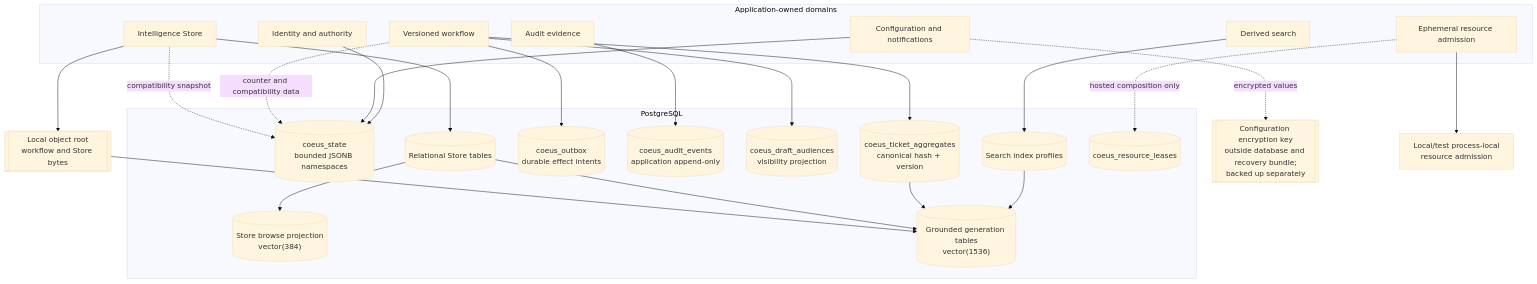
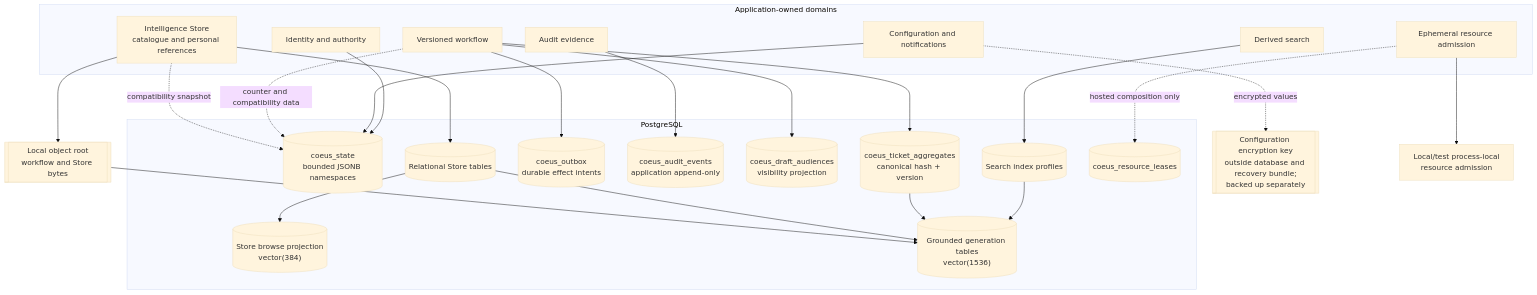
One commit to ShabalalaWATP/Coeus changed the first of 6 diagrams in docs/architecture/DATA_SEARCH_AND_AI.md. Above: the diagram before and after it, drawn with Mermaid (base theme). The commit also changed other lines of this file and 36 other files, not shown here.

Commit message:
docs: refresh interface and architecture guidance

````diff
--- a/docs/architecture/DATA_SEARCH_AND_AI.md
+++ b/docs/architecture/DATA_SEARCH_AND_AI.md
@@ -12,51 +12,51 @@
 ```mermaid
 flowchart TB
     accTitle: Istari data authority and ownership
     accDescr: Application domains map to authoritative relational records, compatibility JSON state, derived indexes, local object bytes and an external configuration key.
 
     subgraph domains["Application-owned domains"]
         ID["Identity and authority"]
         WF["Versioned workflow"]
-        STORE["Intelligence Store"]
+        STORE["Intelligence Store<br/>catalogue and personal references"]
         AUD["Audit evidence"]
         CFG["Configuration and notifications"]
         SEARCH["Derived search"]
         CAP["Ephemeral resource admission"]
     end
 
     subgraph pg["PostgreSQL"]
         STATE[("coeus_state<br/>bounded JSONB namespaces")]
         TICKETS[("coeus_ticket_aggregates<br/>canonical hash + version")]
         OUTBOX[("coeus_outbox<br/>durable effect intents")]
         EVENTS[("coeus_audit_events<br/>application append-only")]
         AUDIENCE[("coeus_draft_audiences<br/>visibility projection")]
         STOREDB[("Relational Store tables")]
         BROWSE[("Store browse projection<br/>vector(384)")]
         PROFILE[("Search index profiles")]
         GROUND[("Grounded generation tables<br/>vector(1536)")]
         LEASES[("coeus_resource_leases")]
     end
 
     OBJECTS[["Local object root<br/>workflow and Store bytes"]]
     KEY[["Configuration encryption key<br/>outside database and recovery bundle;<br/>backed up separately"]]
     LOCAL["Local/test process-local<br/>resource admission"]
 
     ID --> STATE
     CFG --> STATE
     CFG -.->|"encrypted values"| KEY
     WF --> TICKETS
     WF --> OUTBOX
     WF --> AUDIENCE
     WF -.->|"counter and compatibility data"| STATE
     STORE --> STOREDB
     STORE --> OBJECTS
     STORE -.->|"compatibility snapshot"| STATE
     AUD --> EVENTS
     STOREDB --> BROWSE
     SEARCH --> PROFILE --> GROUND
     TICKETS --> GROUND
     STOREDB --> GROUND
     OBJECTS --> GROUND
     CAP --> LOCAL
     CAP -.->|"hosted composition only"| LEASES
 ```
````
